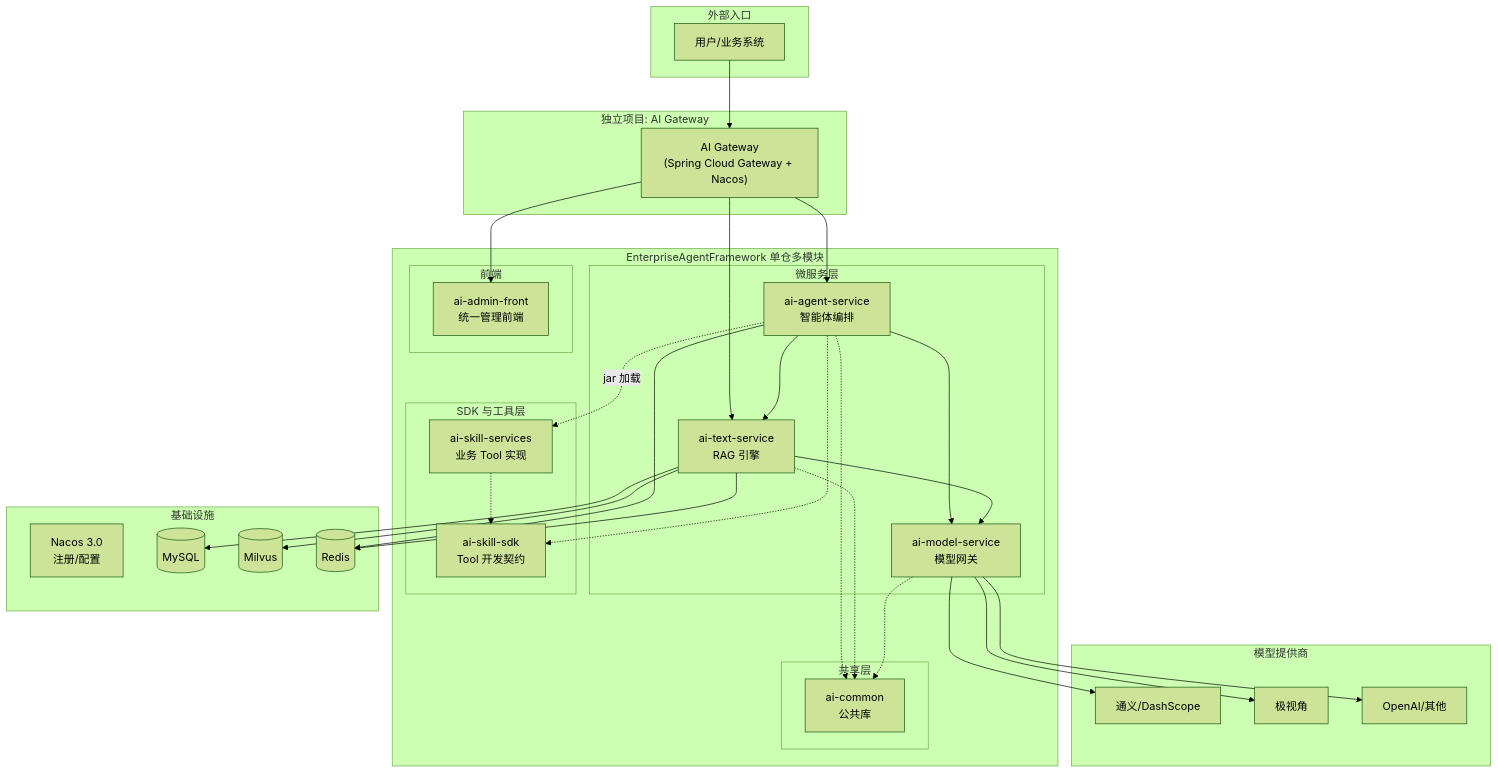
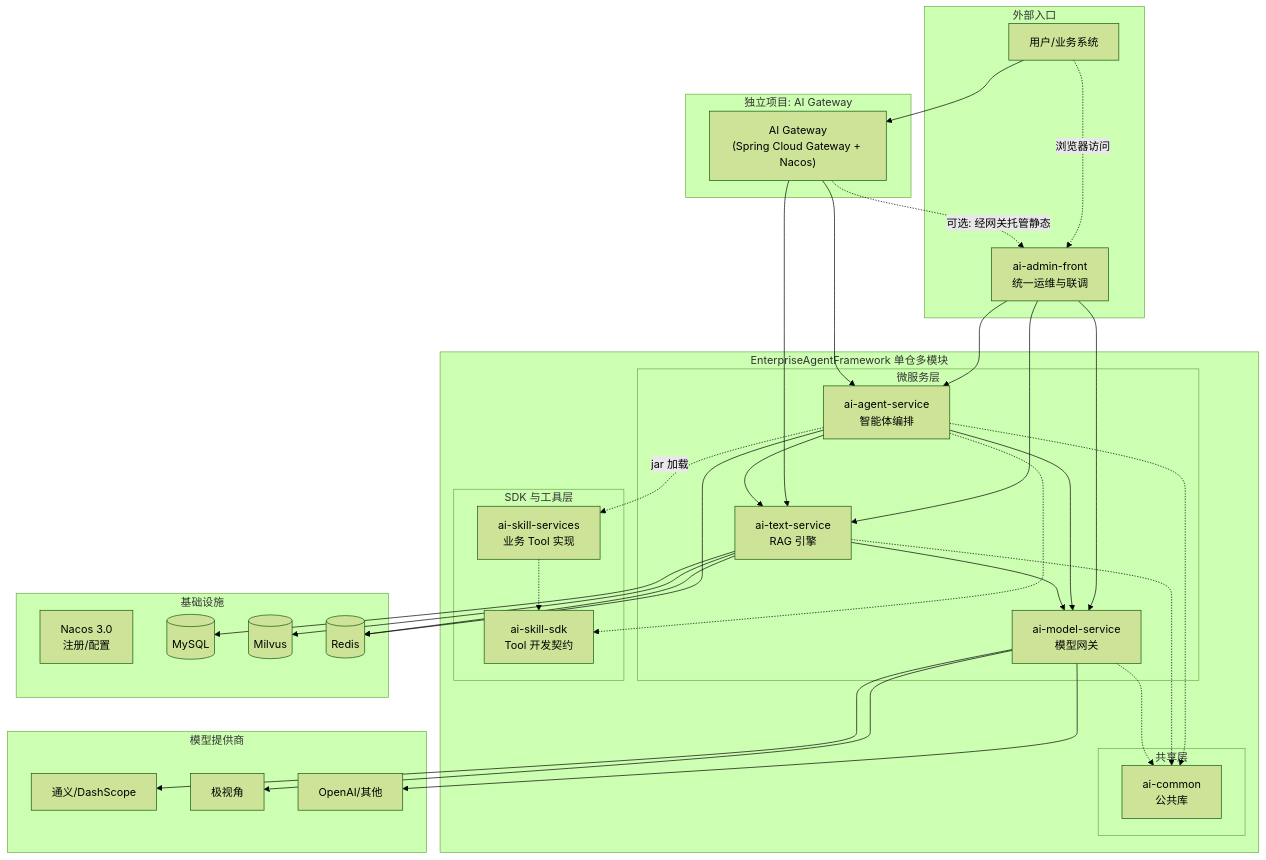
One commit to w8123/EnterpriseAgentFramework changed the first of 2 diagrams in docs/AI能力系统升级规划.md. Above: the diagram before and after it, drawn with Mermaid (forest theme). The commit also changed other lines of this file and 2 other files, not shown here.

````diff
--- a/docs/AI能力系统升级规划.md
+++ b/docs/AI能力系统升级规划.md
@@ -62,70 +63,71 @@
 ```mermaid
 graph TB
     subgraph external [外部入口]
         User[用户/业务系统]
+        AdminFront[ai-admin-front<br/>统一运维与联调]
     end
 
     subgraph gateway [独立项目: AI Gateway]
         GW["AI Gateway<br/>(Spring Cloud Gateway + Nacos)"]
     end
 
     subgraph platform [EnterpriseAgentFramework 单仓多模块]
         subgraph services [微服务层]
             AgentSvc["ai-agent-service<br/>智能体编排"]
             TextSvc["ai-text-service<br/>RAG 引擎"]
             ModelSvc["ai-model-service<br/>模型网关"]
         end
 
         subgraph sdk [SDK 与工具层]
             SkillSDK["ai-skill-sdk<br/>Tool 开发契约"]
             SkillSvc["ai-skill-services<br/>业务 Tool 实现"]
         end
 
         subgraph shared [共享层]
             Common["ai-common<br/>公共库"]
         end
-
-        subgraph front [前端]
-            AdminFront["ai-admin-front<br/>统一管理前端"]
-        end
     end
 
     subgraph infra [基础设施]
         Nacos["Nacos 3.0<br/>注册/配置"]
         MySQL[(MySQL)]
         Milvus[(Milvus)]
         Redis[(Redis)]
     end
 
     subgraph models [模型提供商]
         Tongyi[通义/DashScope]
         Jishi[极视角]
         OpenAI[OpenAI/其他]
     end
 
     User --> GW
+    User -.->|"浏览器访问"| AdminFront
+    AdminFront --> AgentSvc
+    AdminFront --> TextSvc
+    AdminFront --> ModelSvc
     GW --> AgentSvc
     GW --> TextSvc
-    GW --> AdminFront
+    GW -.->|"可选: 经网关托管静态"| AdminFront
 
     AgentSvc --> ModelSvc
     AgentSvc --> TextSvc
     AgentSvc -.->|"jar 加载"| SkillSvc
     SkillSvc -.-> SkillSDK
     AgentSvc -.-> SkillSDK
 
     TextSvc --> ModelSvc
 
     AgentSvc -.-> Common
     TextSvc -.-> Common
     ModelSvc -.-> Common
 
     AgentSvc --> Redis
     TextSvc --> MySQL
     TextSvc --> Milvus
     TextSvc --> Redis
 
     ModelSvc --> Tongyi
     ModelSvc --> Jishi
     ModelSvc --> OpenAI
 ```
````
